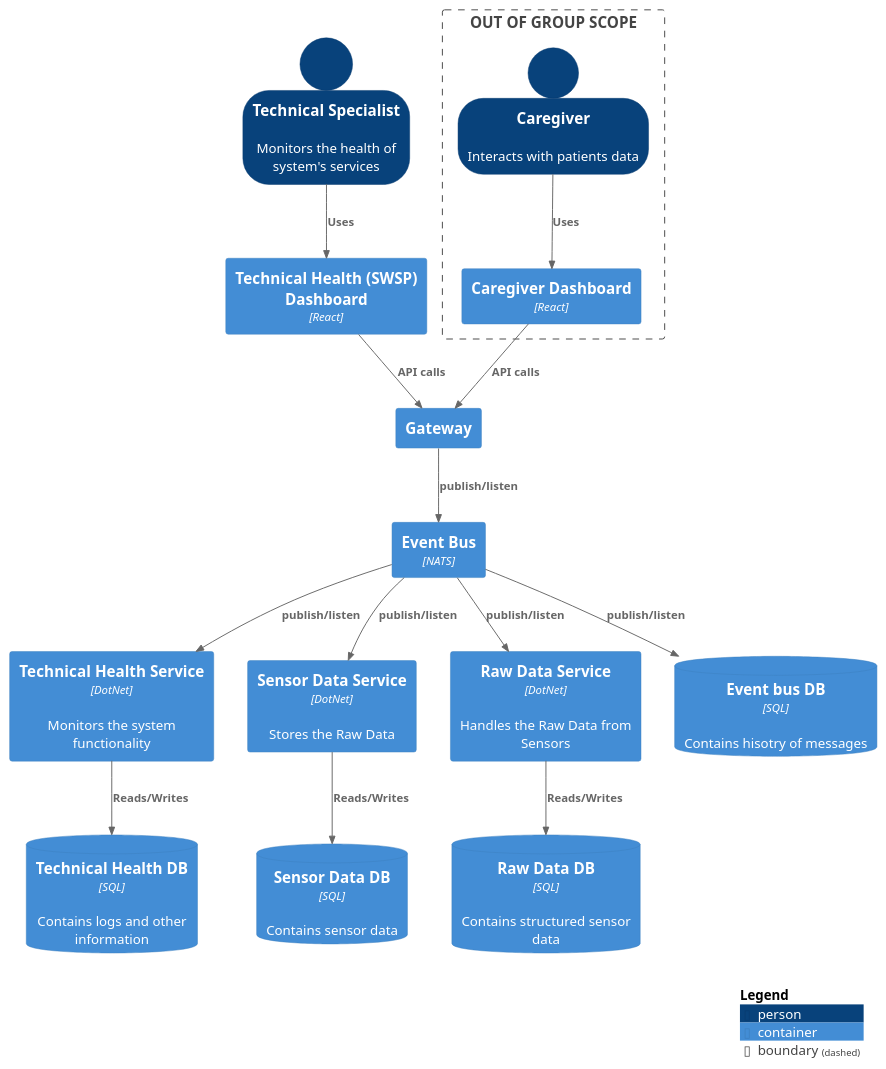
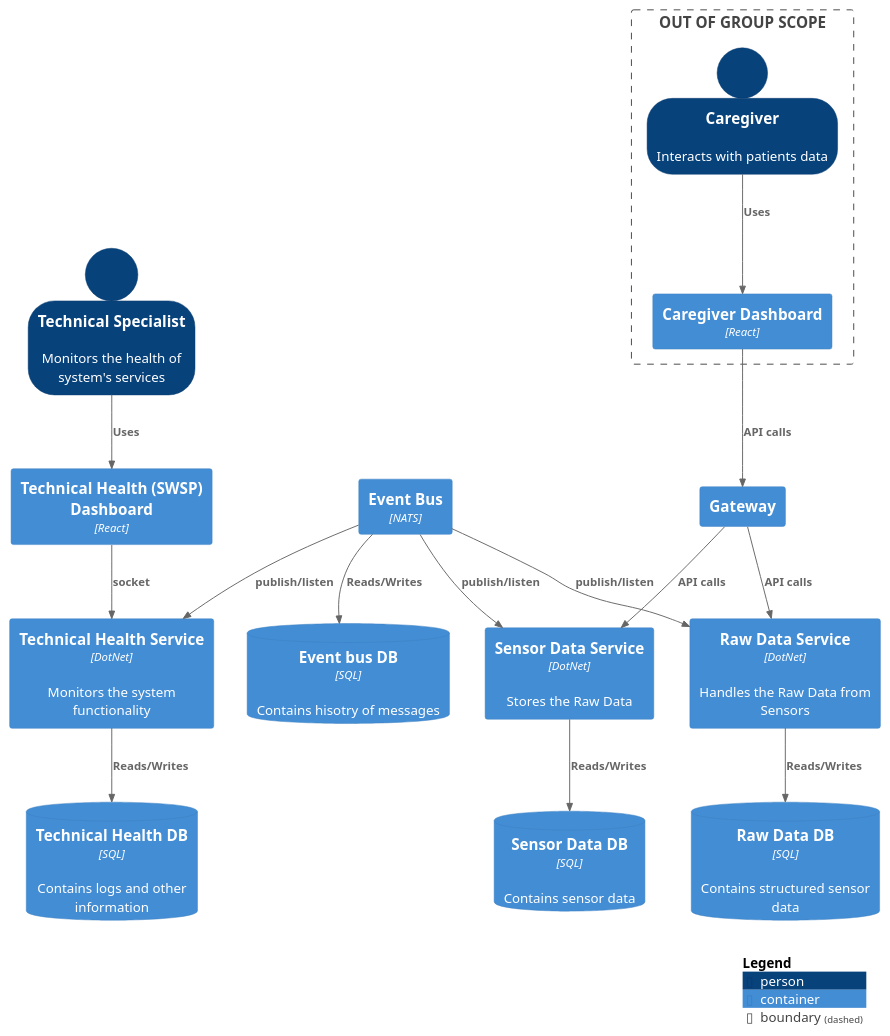
Before and after one commit to ivanovb3/Kwetter: the diagram in Diagrams/group.puml, drawn with PlantUML. The commit also changed 5 other files, not shown here.

```diff
--- a/Diagrams/group.puml
+++ b/Diagrams/group.puml
@@ -1,52 +1,55 @@
 @startuml blogging_context
 !include https://raw.githubusercontent.com/plantuml-stdlib/C4-PlantUML/master/C4_Container.puml
 
 SHOW_PERSON_OUTLINE()
 
 Person(technical, "Technical Specialist", "Monitors the health of system's services")
 
 Container(thdash, "Technical Health (SWSP) Dashboard", "React", "")
 Container(gateway, "Gateway")
 
 Container(ths, "Technical Health Service", "DotNet", "Monitors the system functionality")
 Container(sds, "Sensor Data Service", "DotNet", "Stores the Raw Data")
 Container(rds, "Raw Data Service", "DotNet", "Handles the Raw Data from Sensors")
 Container(nats, "Event Bus", "NATS")
 Boundary(c1, "OUT OF GROUP SCOPE") {
     Container(caredash, "Caregiver Dashboard", "React", "")
     Person(caregiver, "Caregiver", "Interacts with patients data")
 }
 ContainerDb(thdb, "Technical Health DB", "SQL", "Contains logs and other information")
 ContainerDb(sddb, "Sensor Data DB", "SQL", "Contains sensor data")
 ContainerDb(rddb, "Raw Data DB", "SQL", "Contains structured sensor data")
 ContainerDb(ebdb, "Event bus DB", "SQL", "Contains hisotry of messages")
 
 
 Rel(technical, thdash, "Uses")
 Rel(caregiver, caredash, "Uses")
-Rel(thdash, gateway, "API calls")
+Rel(thdash, ths, "socket")
 Rel(caredash, gateway, "API calls")
-Rel(gateway, nats, "publish/listen")
-Rel(nats, ebdb, "publish/listen")
+' Rel(gateway, ths, "API calls")
+Rel(gateway, rds, "API calls")
+Rel(gateway, sds, "API calls")
+' Rel(gateway, nats, "publish/listen")
+Rel(nats, ebdb, "Reads/Writes")
 Rel(nats, ths, "publish/listen")
 Rel(nats, rds, "publish/listen")
 Rel(nats, sds, "publish/listen")
 
 Rel(ths, thdb, "Reads/Writes")
 Rel(sds, sddb, "Reads/Writes")
 Rel(rds, rddb, "Reads/Writes")
 
 
 ' Rel(technical, thdash, "Uses")
 ' Rel(thdash, ths, "API Calls")
 ' Rel(ths, thdb, "Reads/Writes")
 ' Rel(ths, nats, "Events")
 ' Rel(caregiver, caredash, "Uses")
 ' Rel(caredash, sds, "API Calls")
 ' Rel(sds, nats, "Events")
 ' Rel(sds, sddb, "Reads/Writes")
 ' Rel(rds, nats, "Events")
 
 SHOW_LEGEND()
 
 @enduml
```
